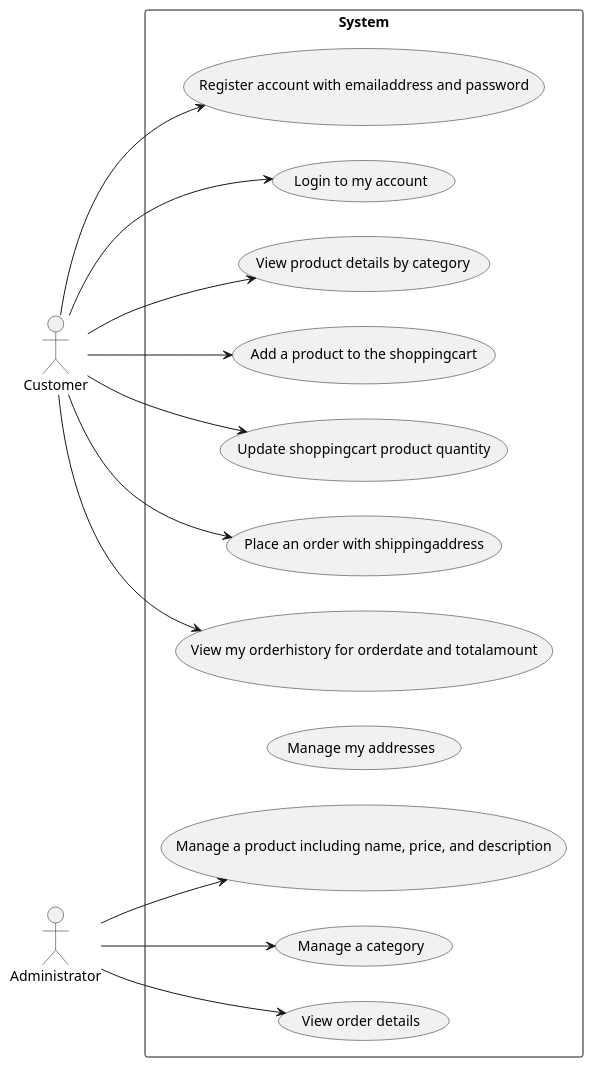
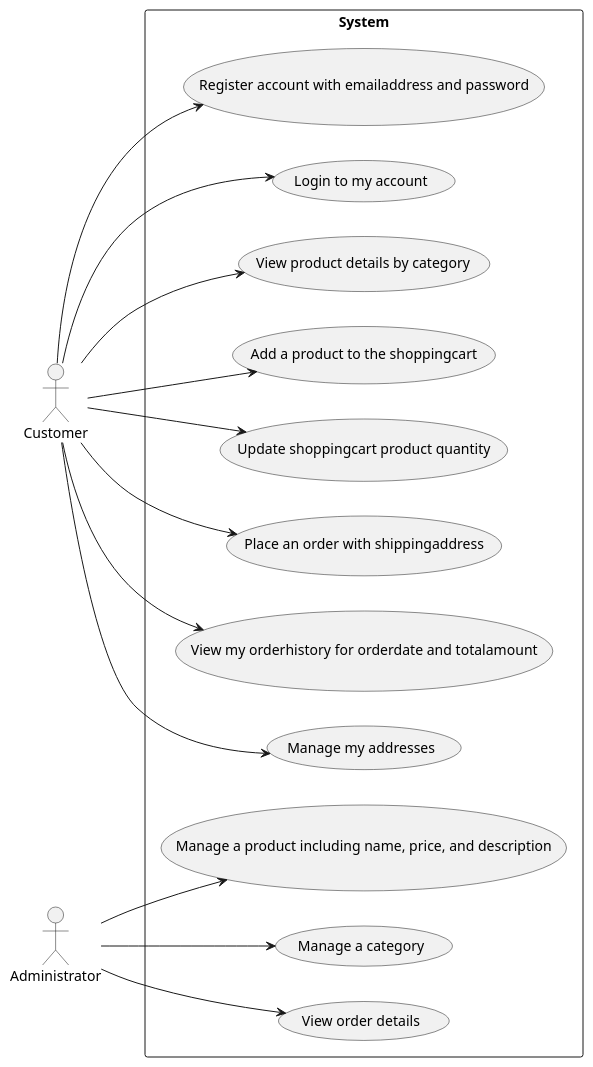
One commit to qamaruddin-qureshi/fyp-uml-diagram-generator changed the diagram in user_stories/golden_puml/use_case/use_case_test_E_Commerce.puml. Above: the diagram before and after it, drawn with PlantUML. The commit also changed 5 other files, not shown here.

```diff
--- a/user_stories/golden_puml/use_case/use_case_test_E_Commerce.puml
+++ b/user_stories/golden_puml/use_case/use_case_test_E_Commerce.puml
@@ -1,28 +1,29 @@
 @startuml
 left to right direction
 actor "Customer" as Customer
 actor "Administrator" as Administrator
 rectangle System {
 usecase "Register account with emailaddress and password" as Registeraccountwithemailaddressandpassword
 usecase "Login to my account" as Logintomyaccount
 usecase "View product details by category" as Viewproductdetailsbycategory
 usecase "Add a product to the shoppingcart" as Addaproducttotheshoppingcart
 usecase "Update shoppingcart product quantity" as Updateshoppingcartproductquantity
 usecase "Place an order with shippingaddress" as Placeanorderwithshippingaddress
 usecase "View my orderhistory for orderdate and totalamount" as Viewmyorderhistoryfororderdateandtotalamount
 usecase "Manage my addresses" as Managemyaddresses
 usecase "Manage a product including name, price, and description" as Manageaproductincludingnamepriceanddescription
 usecase "Manage a category" as Manageacategory
 usecase "View order details" as Vieworderdetails
 }
 Customer --> Registeraccountwithemailaddressandpassword
 Customer --> Logintomyaccount
 Customer --> Viewproductdetailsbycategory
 Customer --> Addaproducttotheshoppingcart
 Customer --> Updateshoppingcartproductquantity
 Customer --> Placeanorderwithshippingaddress
 Customer --> Viewmyorderhistoryfororderdateandtotalamount
+Customer --> Managemyaddresses
 Administrator --> Manageaproductincludingnamepriceanddescription
 Administrator --> Manageacategory
 Administrator --> Vieworderdetails
 @enduml
```
